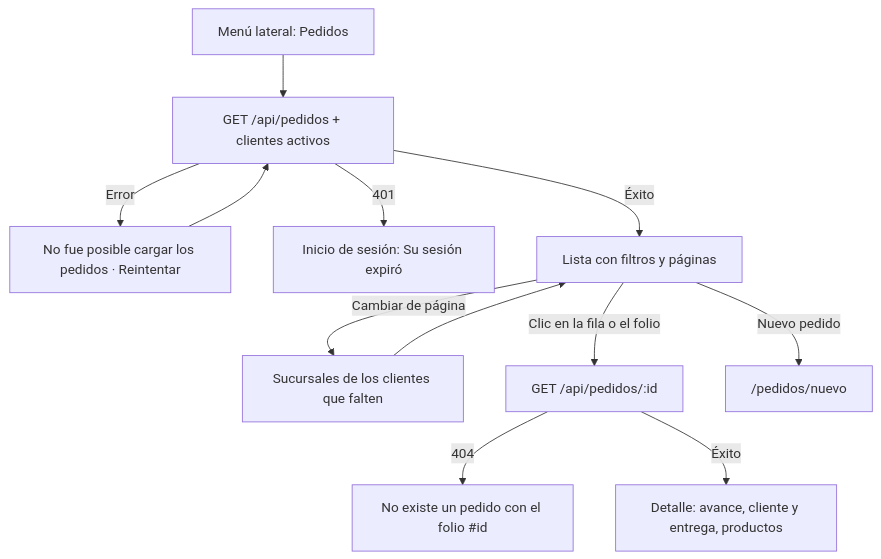
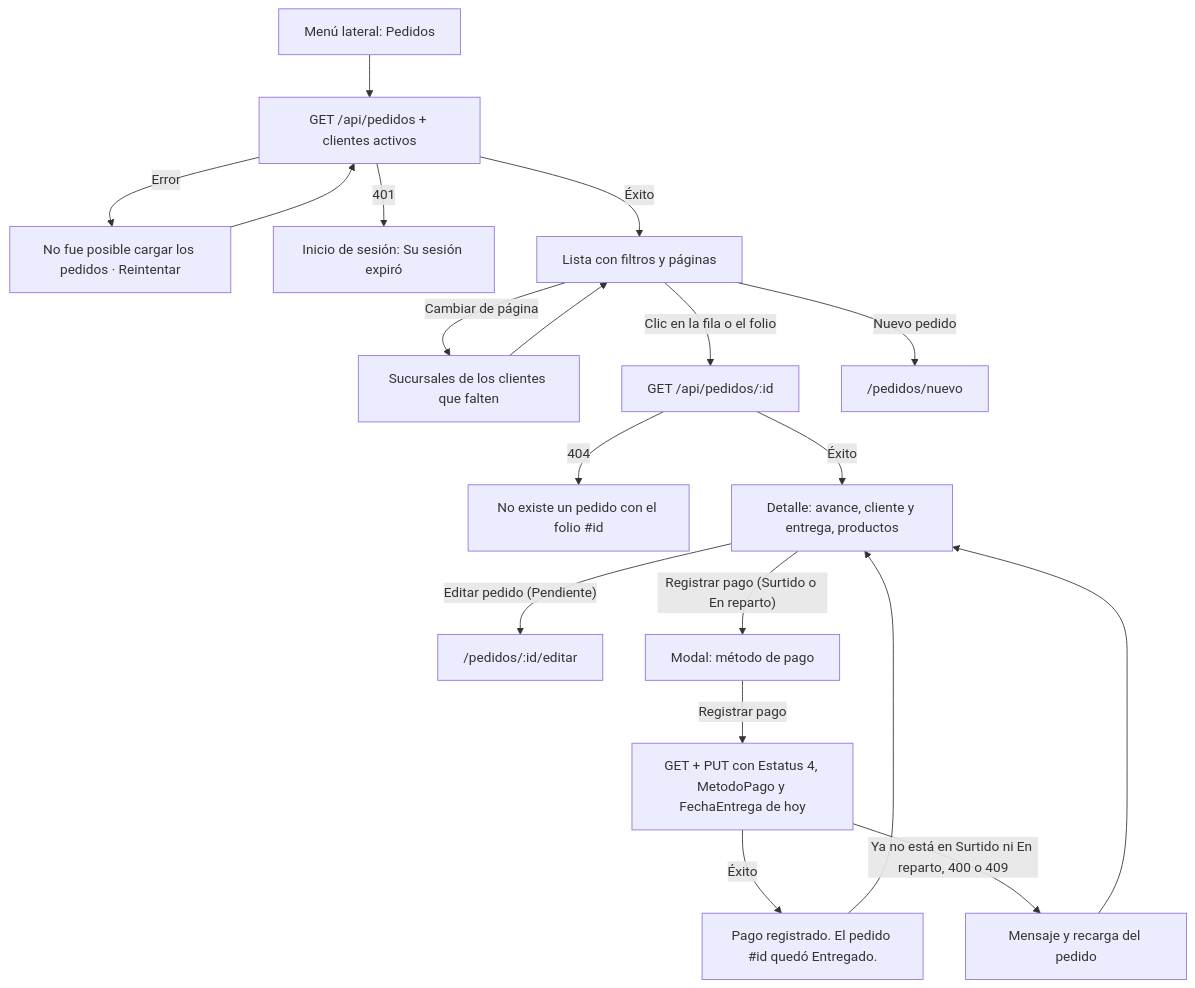
The third of 4 diagrams in FLUJO-APLICACION.md (ROOB1114/GlobalFoods-Web), drawn with Mermaid before and after one commit. The commit also changed other lines of this file and 26 other files, not shown here.

Commit message:
Editar Pedido y Registrar Pagos implementados

````diff
--- a/FLUJO-APLICACION.md
+++ b/FLUJO-APLICACION.md
@@ -128,12 +132,17 @@
 ```mermaid
 flowchart TD
     A[Menú lateral: Pedidos] --> B[GET /api/pedidos + clientes activos]
     B -- Error --> C[No fue posible cargar los pedidos · Reintentar] --> B
     B -- 401 --> S[Inicio de sesión: Su sesión expiró]
     B -- Éxito --> D[Lista con filtros y páginas]
     D -- Cambiar de página --> E[Sucursales de los clientes que falten] --> D
     D -- Clic en la fila o el folio --> F[GET /api/pedidos/:id]
     F -- 404 --> G["No existe un pedido con el folio #id"]
     F -- Éxito --> H[Detalle: avance, cliente y entrega, productos]
     D -- Nuevo pedido --> N["/pedidos/nuevo"]
+    H -- "Editar pedido (Pendiente)" --> ED["/pedidos/:id/editar"]
+    H -- "Registrar pago (Surtido o En reparto)" --> P["Modal: método de pago"]
+    P -- Registrar pago --> P1[GET + PUT con Estatus 4, MetodoPago y FechaEntrega de hoy]
+    P1 -- Éxito --> P2["Pago registrado. El pedido #id quedó Entregado."] --> H
+    P1 -- "Ya no está en Surtido ni En reparto, 400 o 409" --> P3[Mensaje y recarga del pedido] --> H
 ```
````
